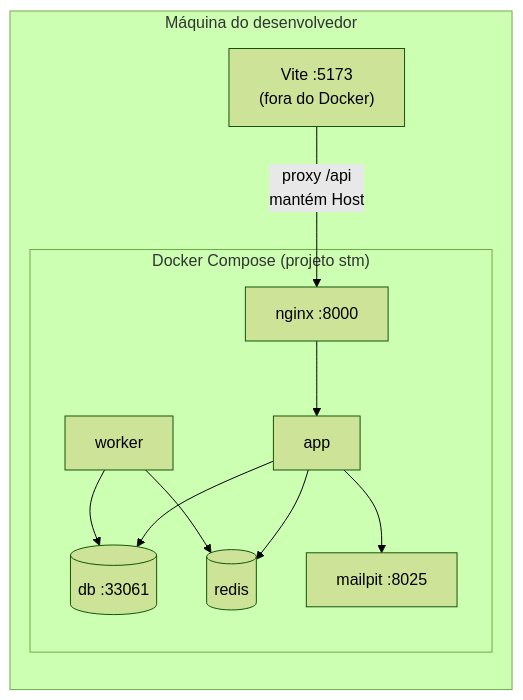
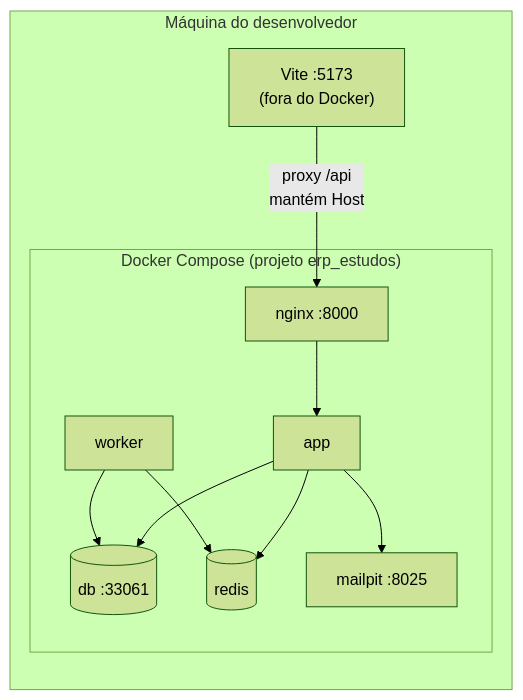
Before and after one commit to CristovaoCarlos/ERP-Estudos: the fifth of 5 diagrams in docs/arquitetura/arc42.md, drawn with Mermaid (forest theme). The commit also changed other lines of this file and 60 other files, not shown here.

First line of the commit message:
refactor: renomeia o sistema para ERP para Estudos (erp_estudos)

````diff
--- a/docs/arquitetura/arc42.md
+++ b/docs/arquitetura/arc42.md
@@ -190,21 +190,21 @@
 ```mermaid
 flowchart LR
     subgraph maquina["Máquina do desenvolvedor"]
         vite["Vite :5173<br/>(fora do Docker)"]
-        subgraph compose["Docker Compose (projeto stm)"]
+        subgraph compose["Docker Compose (projeto erp_estudos)"]
             nginx["nginx :8000"]
             app["app"]
             worker["worker"]
             db[("db :33061")]
             redis[("redis")]
             mailpit["mailpit :8025"]
         end
     end
     vite -- "proxy /api<br/>mantém Host" --> nginx
     nginx --> app
     app --> db
     app --> redis
     worker --> redis
     worker --> db
     app --> mailpit
 ```
````
